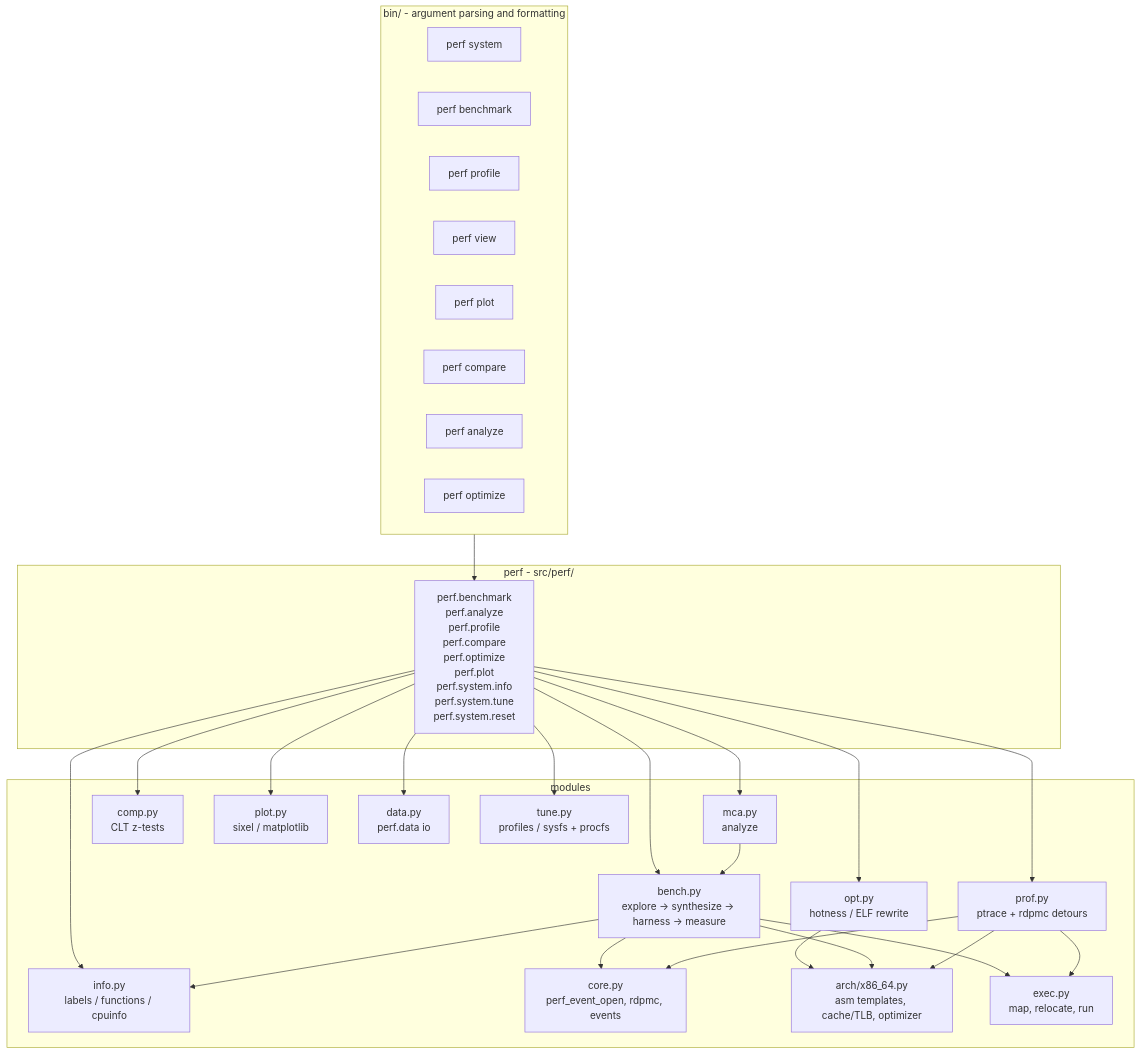
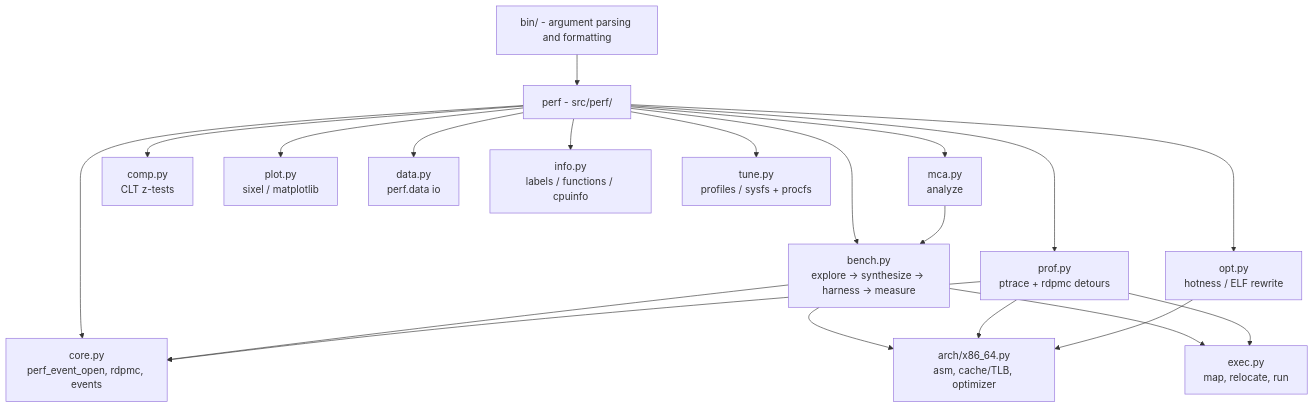
Before and after one commit to perf-labs/perf: the diagram in src/README.md, drawn with Mermaid. The commit also changed other lines of this file and 11 other files, not shown here.

````diff
--- a/src/README.md
+++ b/src/README.md
@@ -7,49 +7,22 @@
 ```mermaid
 flowchart TD
-    subgraph cli["bin/ - argument parsing and formatting"]
-        info[perf system]
-        bench[perf benchmark]
-        prof[perf profile]
-        view[perf view]
-        plot[perf plot]
-        comp[perf compare]
-        analyze[perf analyze]
-        optimize[perf optimize]
-    end
-    subgraph lib["perf - src/perf/"]
-        api["perf.benchmark<br/>perf.analyze<br/>perf.profile<br/>perf.compare<br/>perf.optimize<br/>perf.plot<br/>perf.system.info<br/>perf.system.tune<br/>perf.system.reset"]
-    end
-    subgraph core["modules"]
-        bench_m["bench.py<br/>explore -> synthesize -> harness -> measure"]
-        mca_m["mca.py<br/>analyze"]
-        opt_m["opt.py<br/>hotness / ELF rewrite"]
-        prof_m["prof.py<br/>ptrace + rdpmc detours"]
-        comp_m["comp.py<br/>CLT z-tests"]
-        plot_m["plot.py<br/>sixel / matplotlib"]
-        data_m["data.py<br/>perf.data io"]
-        info_m["info.py<br/>labels / functions / cpuinfo"]
-        tune_m["tune.py<br/>profiles / sysfs + procfs"]
-        core_m["core.py<br/>perf_event_open, rdpmc, events"]
-        arch_m["arch/x86_64.py<br/>asm templates, cache/TLB, optimizer"]
-        elf_m["exec.py<br/>map, relocate, run"]
-    end
-    cli --> api
-    api --> bench_m
-    api --> mca_m
-    api --> opt_m
-    api --> prof_m
-    api --> comp_m
-    api --> plot_m
-    api --> data_m
-    api --> info_m
-    api --> tune_m
-    opt_m --> arch_m
-    bench_m --> core_m
-    bench_m --> arch_m
-    bench_m --> elf_m
-    bench_m --> info_m
-    mca_m --> bench_m
-    prof_m --> core_m
-    prof_m --> arch_m
-    prof_m --> elf_m
+    cli["bin/ - argument parsing and formatting"] --> api["perf - src/perf/"]
+    api --> bench["bench.py<br/>explore -> synthesize -> harness -> measure"]
+    api --> mca["mca.py<br/>analyze"]
+    api --> opt["opt.py<br/>hotness / ELF rewrite"]
+    api --> prof["prof.py<br/>ptrace + rdpmc detours"]
+    api --> comp["comp.py<br/>CLT z-tests"]
+    api --> plot["plot.py<br/>sixel / matplotlib"]
+    api --> data["data.py<br/>perf.data io"]
+    api --> info["info.py<br/>labels / functions / cpuinfo"]
+    api --> tune["tune.py<br/>profiles / sysfs + procfs"]
+    api --> core["core.py<br/>perf_event_open, rdpmc, events"]
+    bench --> core
+    bench --> arch["arch/x86_64.py<br/>asm, cache/TLB, optimizer"]
+    bench --> elf["exec.py<br/>map, relocate, run"]
+    prof --> core
+    prof --> arch
+    prof --> elf
+    opt --> arch
+    mca --> bench
 ```
````
